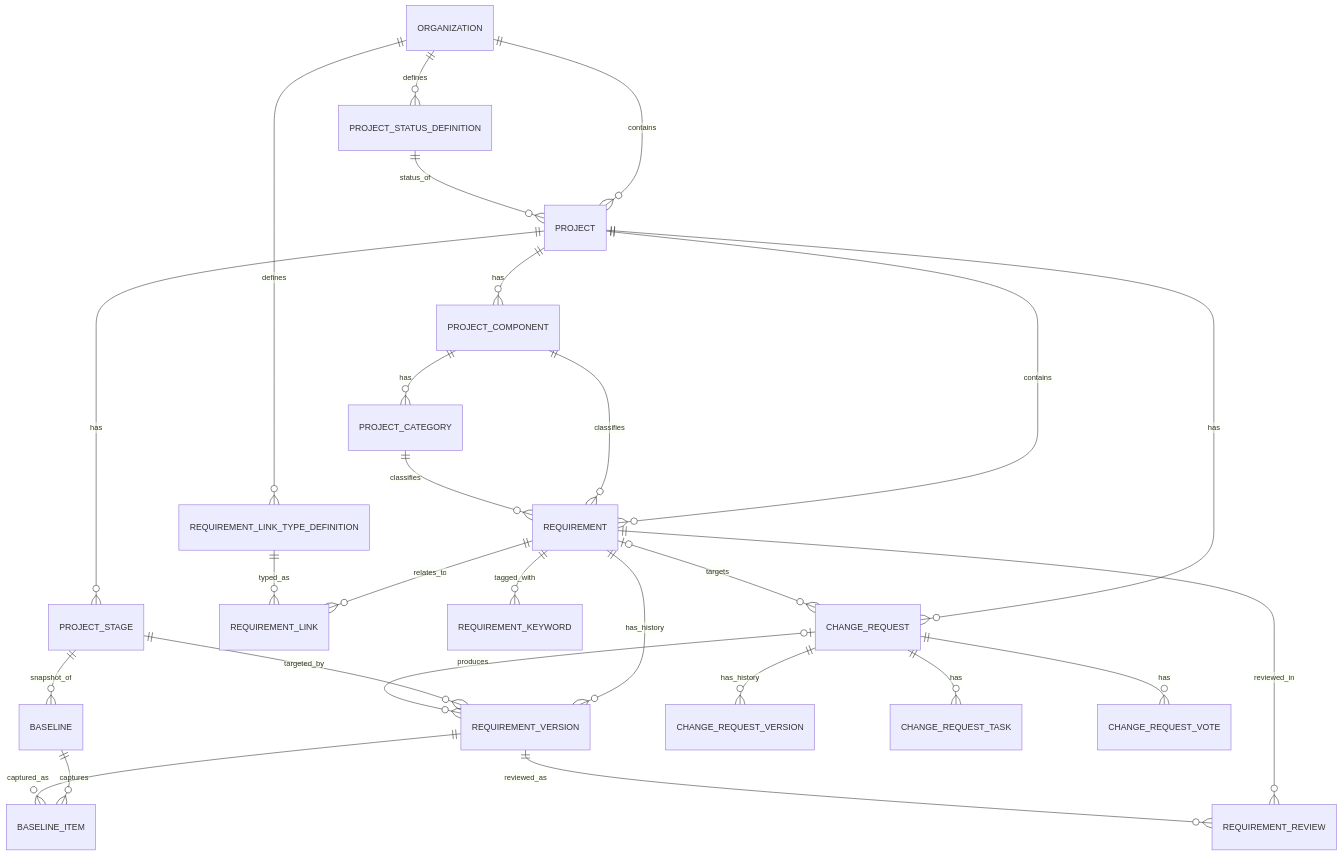
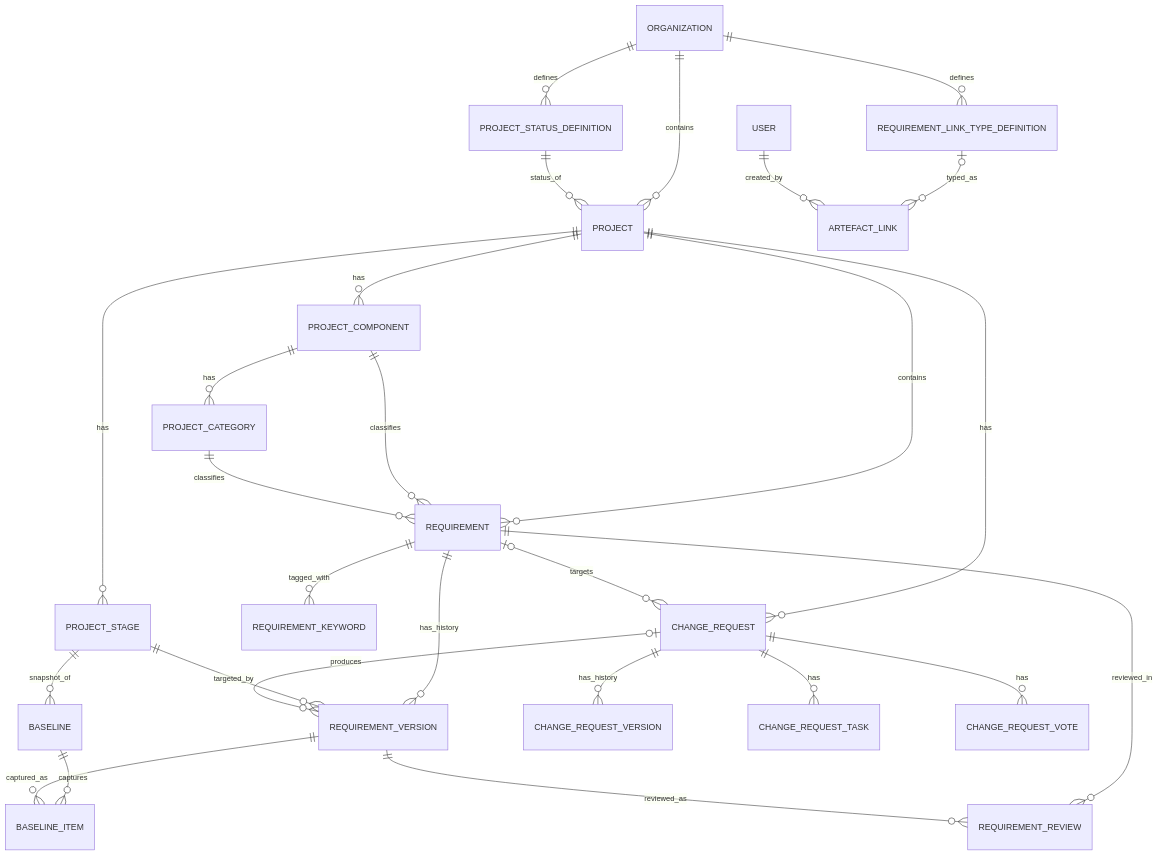
The fifth of 9 diagrams in docs/solution-architecture.md (ballardr/reqtrackmanager), drawn with Mermaid before and after one commit. The commit also changed other lines of this file and 23 other files, not shown here.

````diff
--- a/docs/solution-architecture.md
+++ b/docs/solution-architecture.md
@@ -393,29 +393,29 @@
 ```mermaid
 erDiagram
     ORGANIZATION ||--o{ PROJECT : contains
     ORGANIZATION ||--o{ PROJECT_STATUS_DEFINITION : defines
     PROJECT_STATUS_DEFINITION ||--o{ PROJECT : status_of
     PROJECT ||--o{ PROJECT_STAGE : has
     PROJECT ||--o{ PROJECT_COMPONENT : has
     PROJECT_COMPONENT ||--o{ PROJECT_CATEGORY : has
     PROJECT ||--o{ REQUIREMENT : contains
     PROJECT_COMPONENT ||--o{ REQUIREMENT : classifies
     PROJECT_CATEGORY ||--o{ REQUIREMENT : classifies
     REQUIREMENT ||--o{ REQUIREMENT_VERSION : has_history
     PROJECT_STAGE ||--o{ REQUIREMENT_VERSION : targeted_by
-    REQUIREMENT ||--o{ REQUIREMENT_LINK : relates_to
     ORGANIZATION ||--o{ REQUIREMENT_LINK_TYPE_DEFINITION : defines
-    REQUIREMENT_LINK_TYPE_DEFINITION ||--o{ REQUIREMENT_LINK : typed_as
+    REQUIREMENT_LINK_TYPE_DEFINITION |o--o{ ARTEFACT_LINK : typed_as
+    USER ||--o{ ARTEFACT_LINK : created_by
     REQUIREMENT ||--o{ REQUIREMENT_KEYWORD : tagged_with
     REQUIREMENT ||--o{ REQUIREMENT_REVIEW : reviewed_in
     REQUIREMENT_VERSION ||--o{ REQUIREMENT_REVIEW : reviewed_as
     PROJECT_STAGE ||--o{ BASELINE : snapshot_of
     BASELINE ||--o{ BASELINE_ITEM : captures
     REQUIREMENT_VERSION ||--o{ BASELINE_ITEM : captured_as
     PROJECT ||--o{ CHANGE_REQUEST : has
     REQUIREMENT |o--o{ CHANGE_REQUEST : targets
     CHANGE_REQUEST ||--o{ CHANGE_REQUEST_VERSION : has_history
     CHANGE_REQUEST ||--o{ CHANGE_REQUEST_TASK : has
     CHANGE_REQUEST ||--o{ CHANGE_REQUEST_VOTE : has
     CHANGE_REQUEST |o--o{ REQUIREMENT_VERSION : produces
 ```
````
